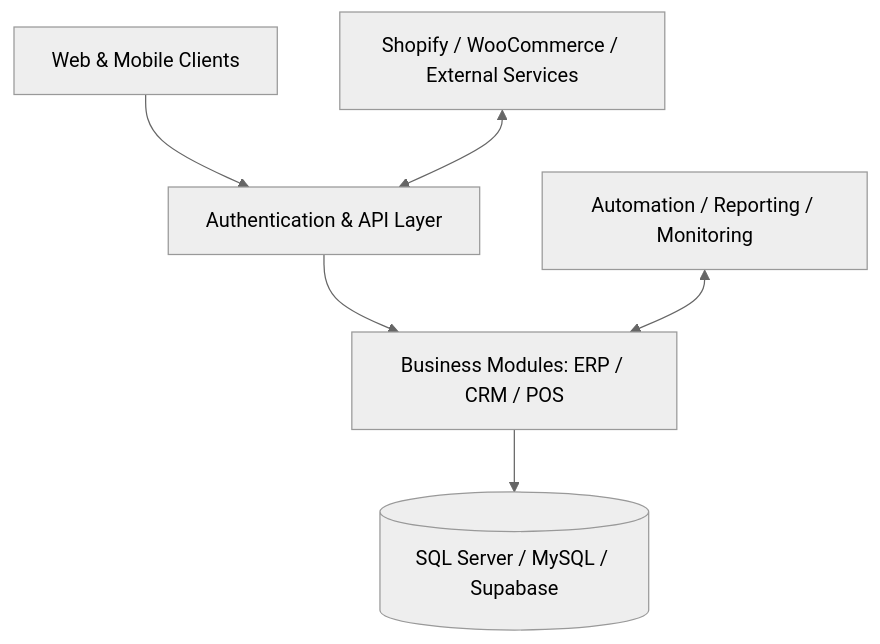
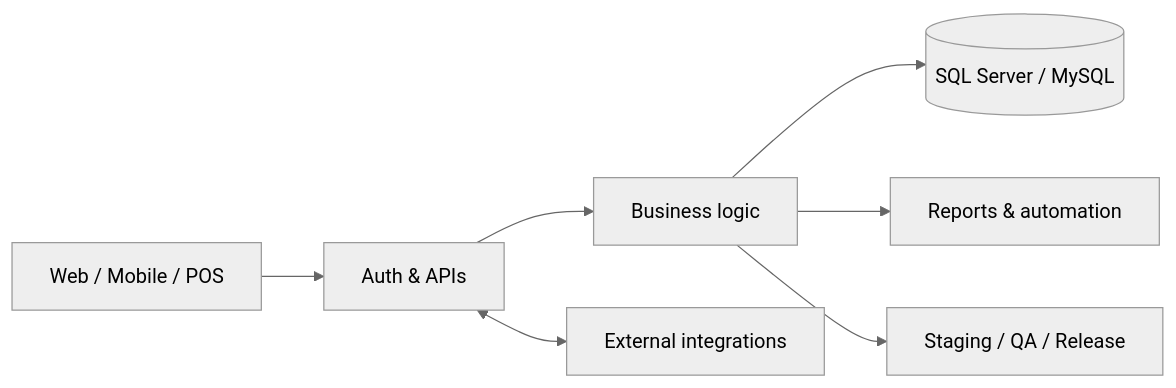
Before and after one commit to sarfaraz-ahmad-sa/sarfaraz-ahmad-sa: the diagram in README.md, drawn with Mermaid (neutral theme). The commit also changed other lines of this file, not shown here.

````diff
--- a/README.md
+++ b/README.md
@@ -78,8 +116,9 @@
 ```mermaid
-flowchart TD
-  A[Web & Mobile Clients] --> B[Authentication & API Layer]
-  B --> C[Business Modules: ERP / CRM / POS]
-  C --> D[(SQL Server / MySQL / Supabase)]
-  E[Shopify / WooCommerce / External Services] <--> B
-  F[Automation / Reporting / Monitoring] <--> C
+flowchart LR
+  U[Web / Mobile / POS] --> A[Auth & APIs]
+  A --> B[Business logic]
+  B --> D[(SQL Server / MySQL)]
+  A <--> I[External integrations]
+  B --> R[Reports & automation]
+  B --> O[Staging / QA / Release]
 ```
````
